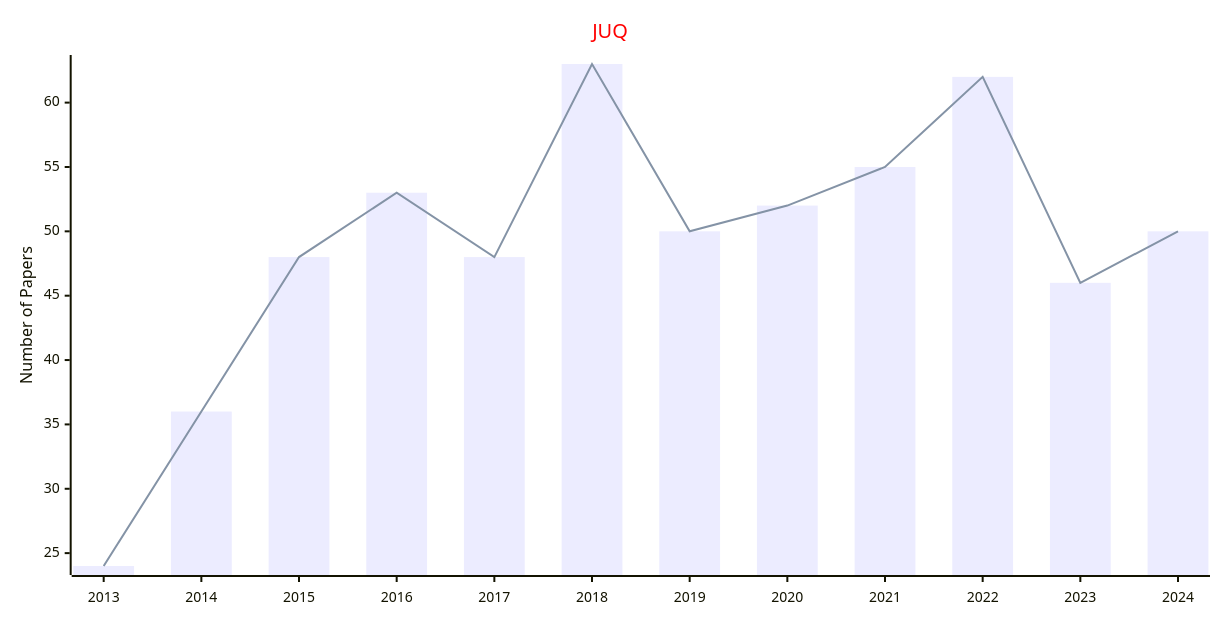
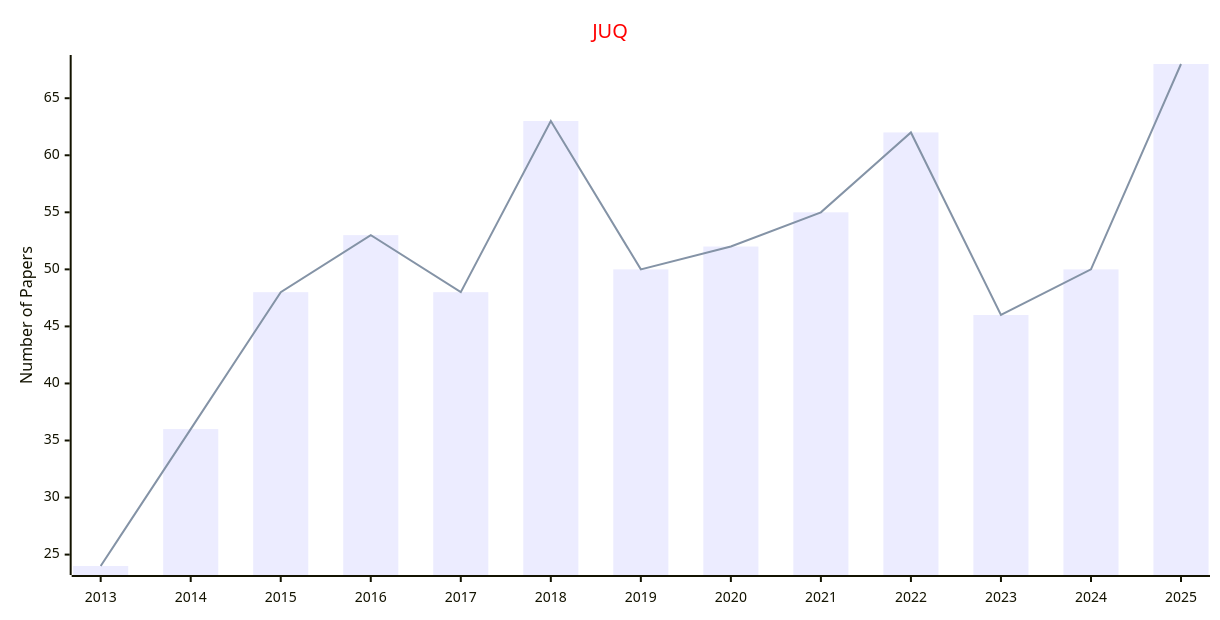
Before and after one commit to Easy-PhD/AILinks: the third of 6 diagrams in docs/data/Journals/Statistics_Journals/Fuzzy_and_Uncertainty.md, drawn with Mermaid. The commit also changed other lines of this file and 93 other files, not shown here.

````diff
--- a/docs/data/Journals/Statistics_Journals/Fuzzy_and_Uncertainty.md
+++ b/docs/data/Journals/Statistics_Journals/Fuzzy_and_Uncertainty.md
@@ -57,17 +57,17 @@
 ```mermaid
 ---
 config:
     xyChart:
         width: 1200
         height: 600
     themeVariables:
         xyChart:
             titleColor: "#ff0000"
 ---
 xychart-beta
     title "JUQ"
-    x-axis [2013, 2014, 2015, 2016, 2017, 2018, 2019, 2020, 2021, 2022, 2023, 2024]
+    x-axis [2013, 2014, 2015, 2016, 2017, 2018, 2019, 2020, 2021, 2022, 2023, 2024, 2025]
     y-axis "Number of Papers"
-    bar [24, 36, 48, 53, 48, 63, 50, 52, 55, 62, 46, 50]
-    line [24, 36, 48, 53, 48, 63, 50, 52, 55, 62, 46, 50]
+    bar [24, 36, 48, 53, 48, 63, 50, 52, 55, 62, 46, 50, 68]
+    line [24, 36, 48, 53, 48, 63, 50, 52, 55, 62, 46, 50, 68]
 ```
````
